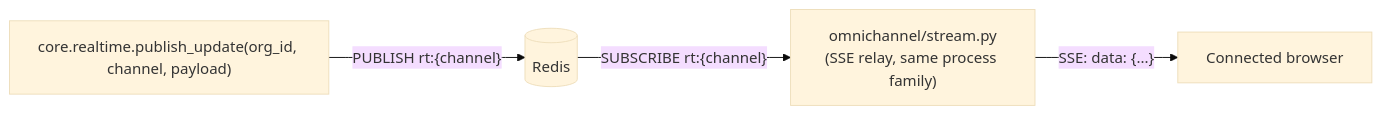
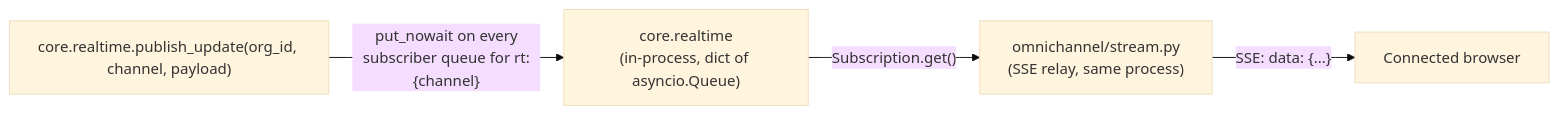
One commit to RafaelOjeda/A2Z-Core changed the third of 3 diagrams in docs/architecture/event-driven-architecture.md. Above: the diagram before and after it, drawn with Mermaid (base theme). The commit also changed other lines of this file and 32 other files, not shown here.

````diff
--- a/docs/architecture/event-driven-architecture.md
+++ b/docs/architecture/event-driven-architecture.md
@@ -76,6 +81,6 @@
 ```mermaid
 flowchart LR
-    Publisher["core.realtime.publish_update(org_id, channel, payload)"] -->|"PUBLISH rt:{channel}"| Redis[("Redis")]
-    Redis -->|"SUBSCRIBE rt:{channel}"| Relay["omnichannel/stream.py\n(SSE relay, same process family)"]
+    Publisher["core.realtime.publish_update(org_id, channel, payload)"] -->|"put_nowait on every\nsubscriber queue for rt:{channel}"| Broker["core.realtime\n(in-process, dict of asyncio.Queue)"]
+    Broker -->|"Subscription.get()"| Relay["omnichannel/stream.py\n(SSE relay, same process)"]
     Relay -->|"SSE: data: {...}\n"| Browser["Connected browser"]
 ```
````
